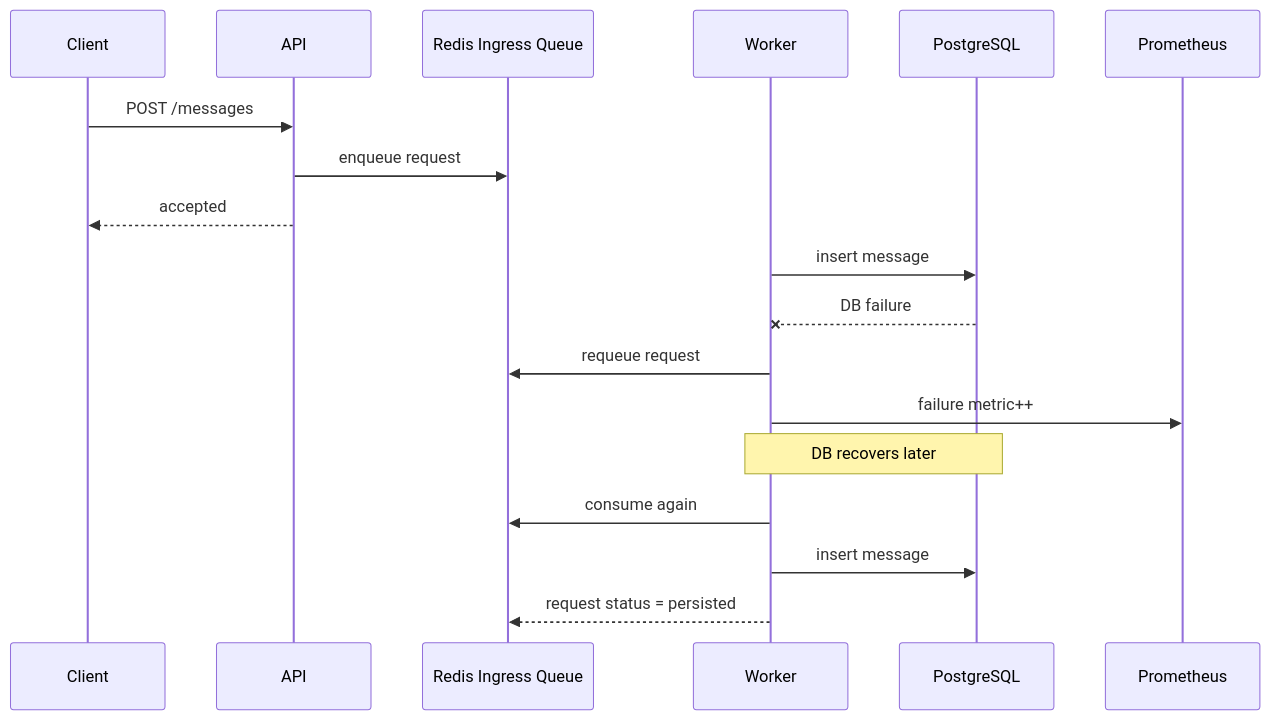
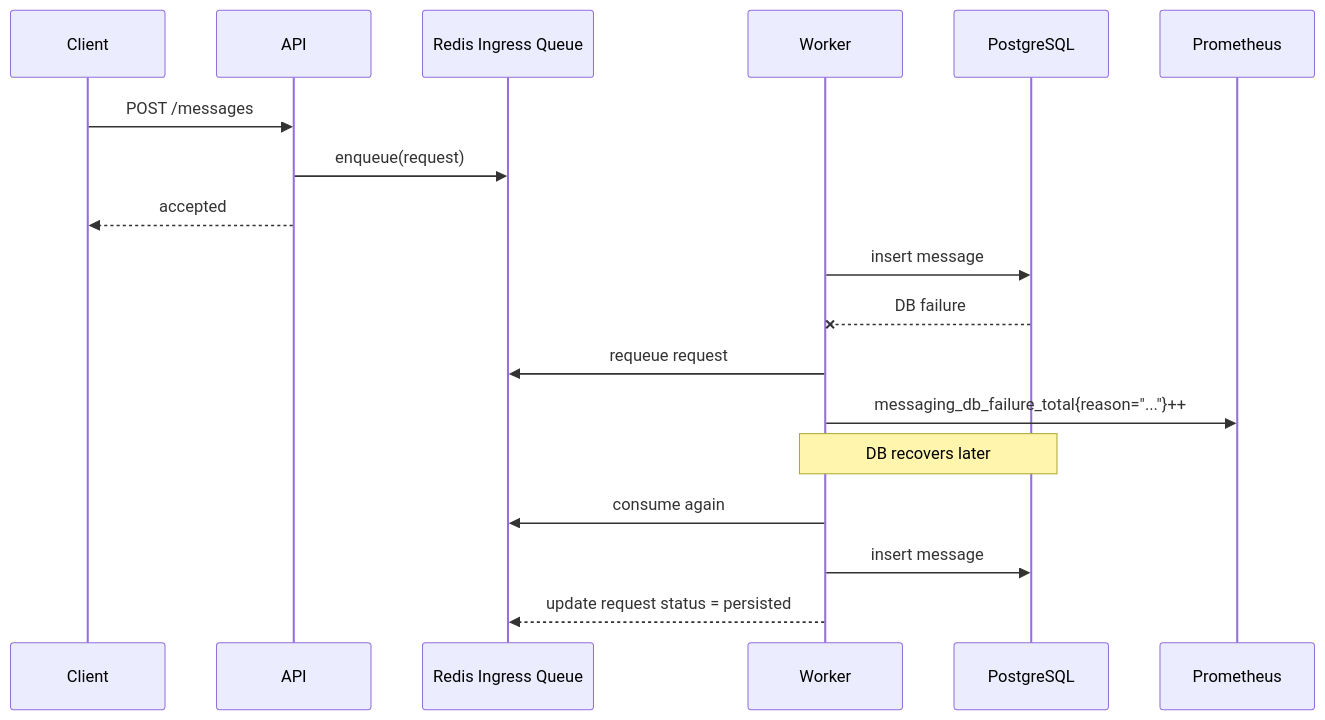
Before and after one commit to Jangwanko/Cloud_portfolio: the third of 3 diagrams in README.md, drawn with Mermaid. The commit also changed other lines of this file and 22 other files, not shown here.

````diff
--- a/README.md
+++ b/README.md
@@ -58,21 +52,21 @@
 ```mermaid
 sequenceDiagram
     participant C as Client
     participant A as API
     participant R as Redis Ingress Queue
     participant W as Worker
     participant D as PostgreSQL
     participant P as Prometheus
 
     C->>A: POST /messages
-    A->>R: enqueue request
+    A->>R: enqueue(request)
     A-->>C: accepted
     W->>D: insert message
     D--xW: DB failure
     W->>R: requeue request
-    W->>P: failure metric++
+    W->>P: messaging_db_failure_total{reason="..."}++
     Note over W,D: DB recovers later
     W->>R: consume again
     W->>D: insert message
-    W-->>R: request status = persisted
+    W-->>R: update request status = persisted
 ```
````
